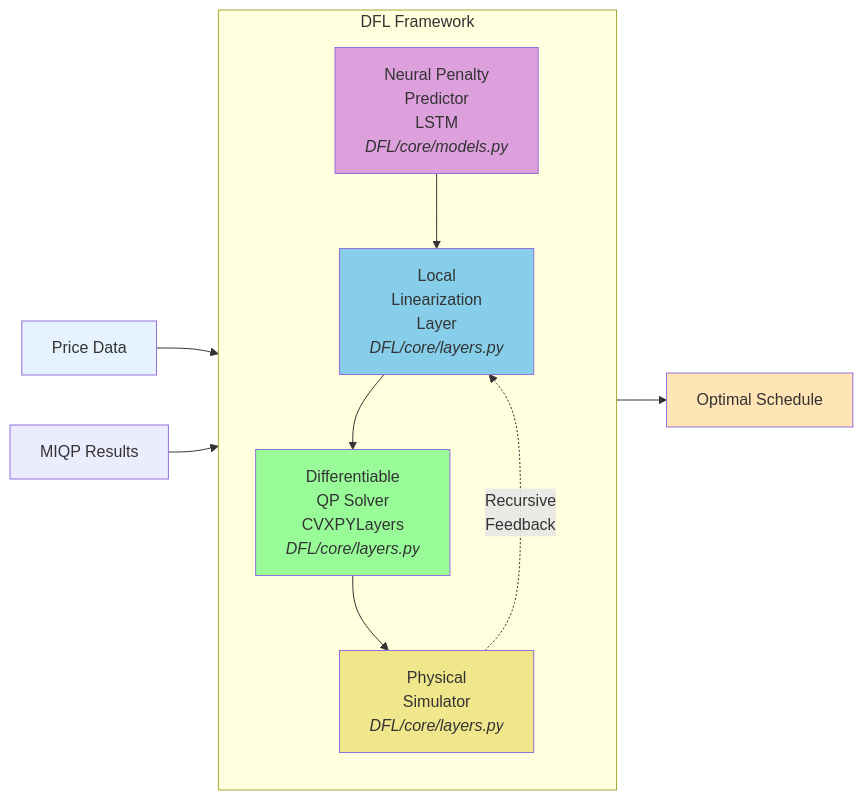
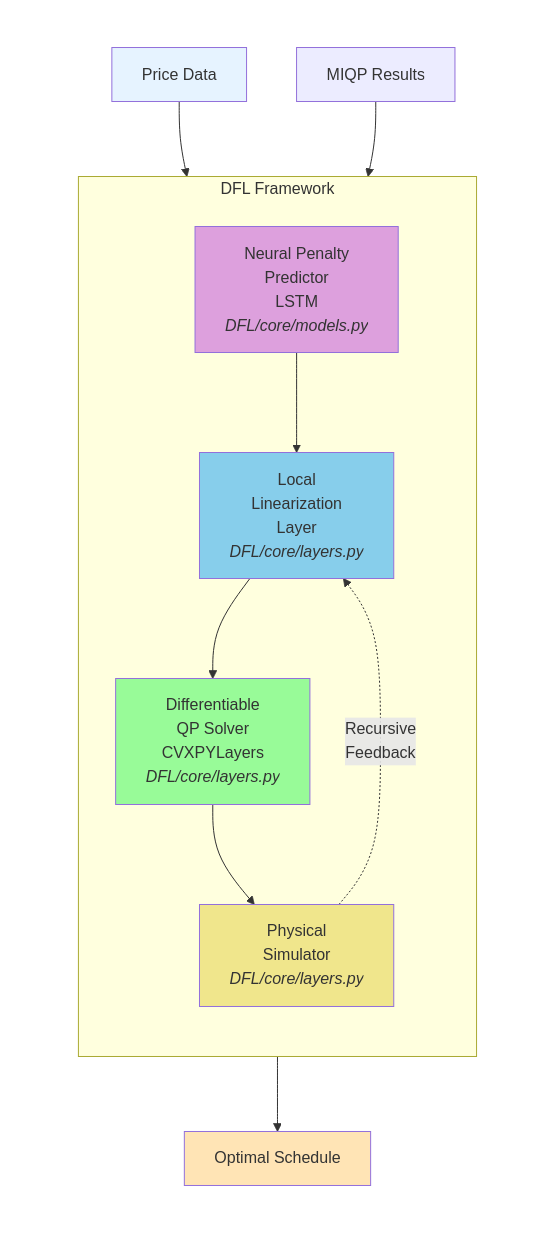
The second of 2 diagrams in README.md (SOLARIS-JHU/DFL-UPHES), drawn with Mermaid before and after one commit. The commit also changed other lines of this file, not shown here.

````diff
--- a/README.md
+++ b/README.md
@@ -362,21 +359,24 @@
 ```mermaid
 flowchart LR
-    subgraph DFL["DFL Framework"]
-        direction TB
-        A[Neural Penalty<br/>Predictor<br/>LSTM<br/><i>DFL/core/models.py</i>] --> B[Local<br/>Linearization<br/>Layer<br/><i>DFL/core/layers.py</i>]
-        B --> C[Differentiable<br/>QP Solver<br/>CVXPYLayers<br/><i>DFL/core/layers.py</i>]
-        C --> D[Physical<br/>Simulator<br/><i>DFL/core/layers.py</i>]
-        D -.Recursive<br/>Feedback.-> B
+    subgraph WhiteBoard [" "]
+        subgraph DFL["DFL Framework"]
+            direction TB
+            A[Neural Penalty<br/>Predictor<br/>LSTM<br/><i>DFL/core/models.py</i>] --> B[Local<br/>Linearization<br/>Layer<br/><i>DFL/core/layers.py</i>]
+            B --> C[Differentiable<br/>QP Solver<br/>CVXPYLayers<br/><i>DFL/core/layers.py</i>]
+            C --> D[Physical<br/>Simulator<br/><i>DFL/core/layers.py</i>]
+            D -.Recursive<br/>Feedback.-> B
+        end
+
+        Input[Price Data] --> DFL
+        MIQP[MIQP Results] --> DFL
+        DFL --> Output[Optimal Schedule]
     end
 
-    Input[Price Data] --> DFL
-    MIQP[MIQP Results] --> DFL
-    DFL --> Output[Optimal Schedule]
-
+    style WhiteBoard fill:#ffffff,stroke:#ffffff
     style A fill:#DDA0DD
     style B fill:#87CEEB
     style C fill:#98FB98
     style D fill:#F0E68C
     style Input fill:#E6F3FF
     style Output fill:#FFE4B5
 ```
````
